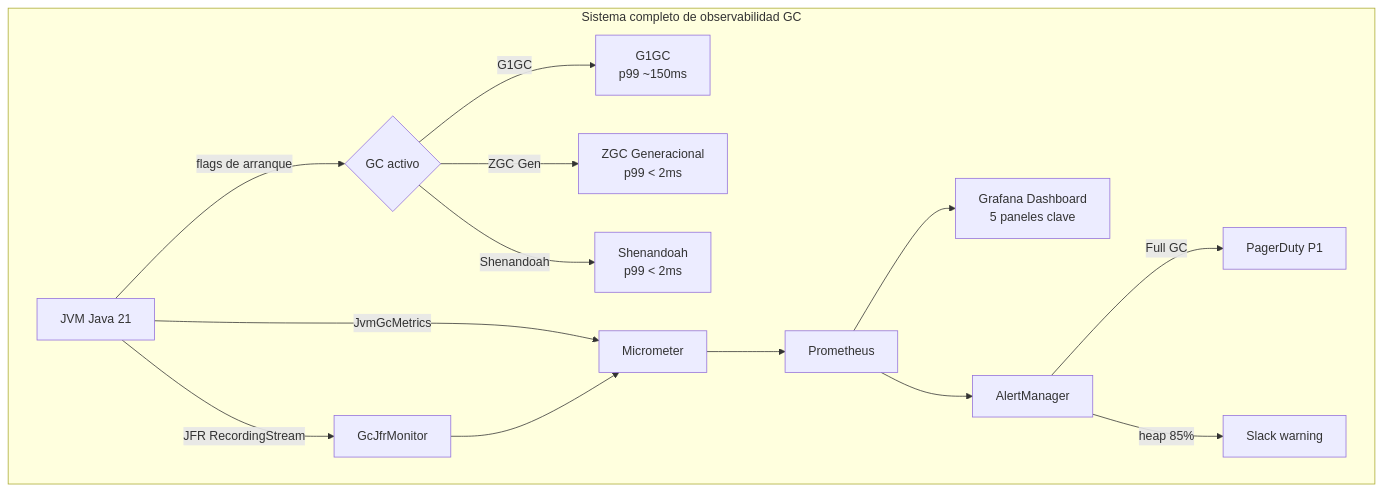
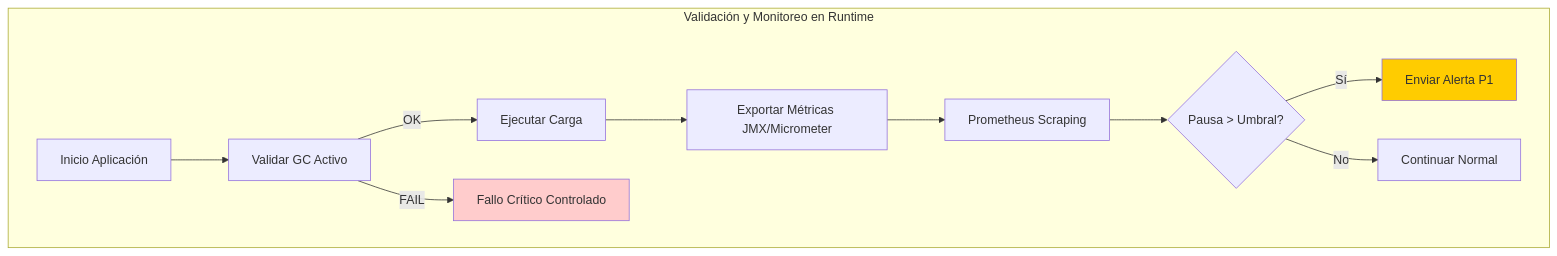
The third of 4 diagrams in 01_Java_Core/garbage_collectors_en_la_jvm_g1_zgc_y_shenandoah_en_produccion_STAFF.md (Joaquinriosheredia/DAM-Java-Mastery), drawn with Mermaid before and after one commit. The commit also changed other lines of this file, not shown here.

Commit message:
garbage_collectors_en_la_jvm_g1_zgc_y_shenandoah_en_produccion_STAFF.md

````diff
--- a/01_Java_Core/garbage_collectors_en_la_jvm_g1_zgc_y_shenandoah_en_produccion_STAFF.md
+++ b/01_Java_Core/garbage_collectors_en_la_jvm_g1_zgc_y_shenandoah_en_produccion_STAFF.md
@@ -773,17 +275,17 @@
 ```mermaid
 graph TD
-    subgraph "Sistema completo de observabilidad GC"
-        JVM[JVM Java 21] -->|flags de arranque| GC{GC activo}
-        GC -->|G1GC| G1[G1GC\np99 ~150ms]
-        GC -->|ZGC Gen| ZG[ZGC Generacional\np99 < 2ms]
-        GC -->|Shenandoah| SH[Shenandoah\np99 < 2ms]
-        JVM -->|JvmGcMetrics| MIC[Micrometer]
-        JVM -->|JFR RecordingStream| JFR[GcJfrMonitor]
-        JFR --> MIC
-        MIC --> PROM[Prometheus]
-        PROM --> GRAF[Grafana Dashboard\n5 paneles clave]
-        PROM --> AM[AlertManager]
-        AM -->|Full GC| P1[PagerDuty P1]
-        AM -->|heap 85%| SLK[Slack warning]
+    subgraph "Validación y Monitoreo en Runtime"
+        START[Inicio Aplicación] --> CHECK[Validar GC Activo]
+        CHECK -->|OK| RUN[Ejecutar Carga]
+        CHECK -->|FAIL| CRASH[Fallo Crítico Controlado]
+        
+        RUN --> METRIC[Exportar Métricas JMX/Micrometer]
+        METRIC --> PROM[Prometheus Scraping]
+        PROM --> ALERT{Pausa > Umbral?}
+        ALERT -->|Sí| NOTIFY[Enviar Alerta P1]
+        ALERT -->|No| CONT[Continuar Normal]
     end
+    
+    style CRASH fill:#ffcccc
+    style NOTIFY fill:#ffcc00
 ```
````
